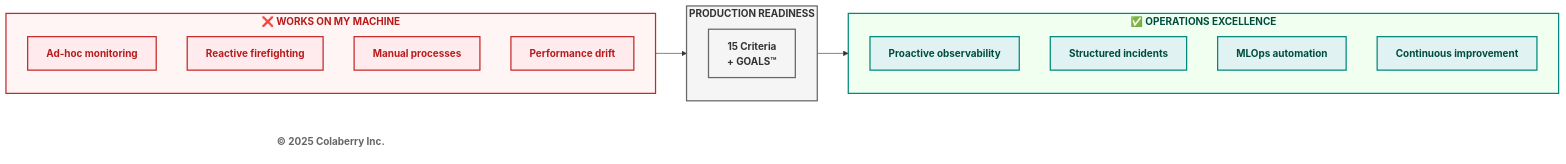
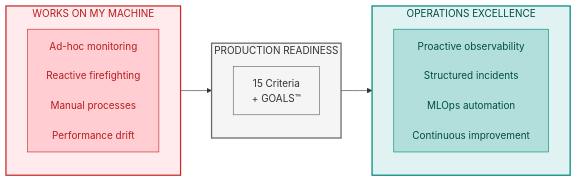
The first of 6 diagrams in manuscript/chapter_12_running_agents_at_scale_v1_2.md (colaberry/trust-before-intelligence-book), drawn with Mermaid before and after one commit. The commit also changed 1 other file, not shown here.

Commit message:
updated diagrams for readability
updated diagrams for readability

````diff
--- a/manuscript/chapter_12_running_agents_at_scale_v1_2.md
+++ b/manuscript/chapter_12_running_agents_at_scale_v1_2.md
@@ -9,38 +9,28 @@
 ```mermaid
+
 graph LR
-    subgraph BEFORE["<b>❌ WORKS ON MY MACHINE</b>"]
-        B1["<b>Ad-hoc monitoring</b>"]
-        B2["<b>Reactive firefighting</b>"]
-        B3["<b>Manual processes</b>"]
-        B4["<b>Performance drift</b>"]
+    subgraph BEFORE["WORKS ON MY MACHINE"]
+        direction TB
+        B1["Ad-hoc monitoring<br/><br/>Reactive firefighting<br/><br/>Manual processes<br/><br/>Performance drift"]
     end
     
-    subgraph TRANSFORM["<b>PRODUCTION READINESS</b>"]
-        T1["<b>15 Criteria</b><br/><b>+ GOALS™</b>"]
+    subgraph TRANSFORM["PRODUCTION READINESS"]
+        direction TB
+        T1["15 Criteria<br/>+ GOALS™"]
     end
     
-    subgraph AFTER["<b>✅ OPERATIONS EXCELLENCE</b>"]
-        A1["<b>Proactive observability</b>"]
-        A2["<b>Structured incidents</b>"]
-        A3["<b>MLOps automation</b>"]
-        A4["<b>Continuous improvement</b>"]
+    subgraph AFTER["OPERATIONS EXCELLENCE"]
+        direction TB
+        A1["Proactive observability<br/><br/>Structured incidents<br/><br/>MLOps automation<br/><br/>Continuous improvement"]
     end
-    
-    Copyright["<b>© 2025 Colaberry Inc.</b>"]
     
     BEFORE --> TRANSFORM --> AFTER
     
-    style BEFORE fill:#fff5f5,stroke:#c62828,stroke-width:2px,color:#b71c1c
+    style BEFORE fill:#ffebee,stroke:#c62828,stroke-width:2px,color:#b71c1c
     style TRANSFORM fill:#f5f5f5,stroke:#666666,stroke-width:2px,color:#333333
-    style AFTER fill:#f0fff0,stroke:#00897b,stroke-width:2px,color:#004d40
-    style B1 fill:#ffebee,stroke:#c62828,stroke-width:2px,color:#b71c1c
-    style B2 fill:#ffebee,stroke:#c62828,stroke-width:2px,color:#b71c1c
-    style B3 fill:#ffebee,stroke:#c62828,stroke-width:2px,color:#b71c1c
-    style B4 fill:#ffebee,stroke:#c62828,stroke-width:2px,color:#b71c1c
-    style T1 fill:#f5f5f5,stroke:#666666,stroke-width:2px,color:#333333
-    style A1 fill:#e0f2f1,stroke:#00897b,stroke-width:2px,color:#004d40
-    style A2 fill:#e0f2f1,stroke:#00897b,stroke-width:2px,color:#004d40
-    style A3 fill:#e0f2f1,stroke:#00897b,stroke-width:2px,color:#004d40
-    style A4 fill:#e0f2f1,stroke:#00897b,stroke-width:2px,color:#004d40
-    style Copyright fill:#ffffff,stroke:none,color:#666666
+    style AFTER fill:#e0f2f1,stroke:#00897b,stroke-width:2px,color:#004d40
+    style B1 fill:#ffcdd2,stroke:#c62828,color:#b71c1c
+    style T1 fill:#f5f5f5,stroke:#666666,color:#333333
+    style A1 fill:#b2dfdb,stroke:#00897b,color:#004d40
+
 ```
````
